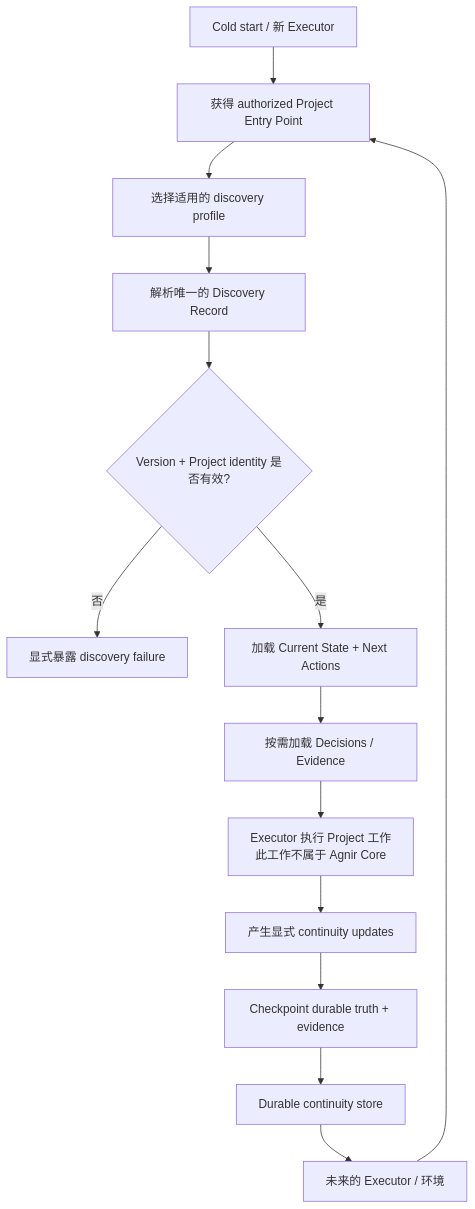
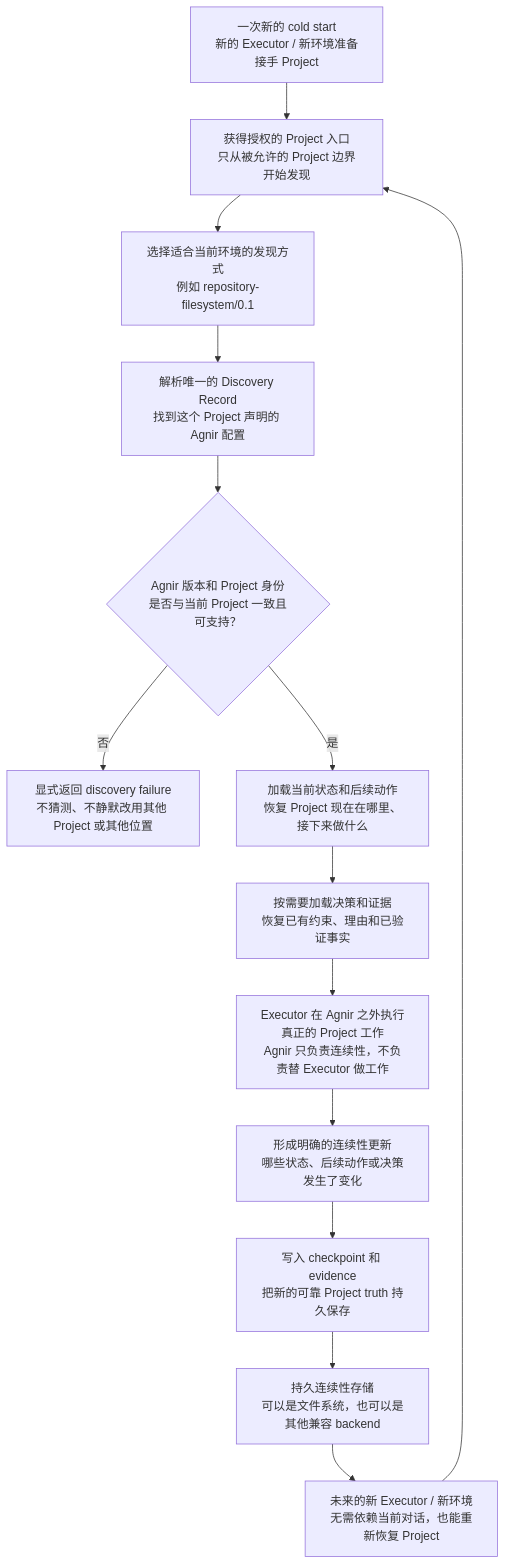
Before and after one commit to iorLab/agnir: the second of 2 diagrams in README.zh-CN.md, drawn with Mermaid. The commit also changed other lines of this file, not shown here.

Commit message:
docs: clarify Chinese Mermaid diagram nodes

````diff
--- a/README.zh-CN.md
+++ b/README.zh-CN.md
@@ -40,16 +40,16 @@
 ```mermaid
 flowchart TD
-    C[Cold start / 新 Executor] --> P[获得 authorized Project Entry Point]
-    P --> D[选择适用的 discovery profile]
-    D --> R[解析唯一的 Discovery Record]
-    R --> V{Version + Project identity 是否有效?}
-    V -- 否 --> F[显式暴露 discovery failure]
-    V -- 是 --> L[加载 Current State + Next Actions]
-    L --> Q[按需加载 Decisions / Evidence]
-    Q --> W[Executor 执行 Project 工作\n此工作不属于 Agnir Core]
-    W --> U[产生显式 continuity updates]
-    U --> K[Checkpoint durable truth + evidence]
-    K --> S[Durable continuity store]
-    S --> N[未来的 Executor / 环境]
+    C["一次新的 cold start<br/>新的 Executor / 新环境准备接手 Project"] --> P["获得授权的 Project 入口<br/>只从被允许的 Project 边界开始发现"]
+    P --> D["选择适合当前环境的发现方式<br/>例如 repository-filesystem/0.1"]
+    D --> R["解析唯一的 Discovery Record<br/>找到这个 Project 声明的 Agnir 配置"]
+    R --> V{"Agnir 版本和 Project 身份<br/>是否与当前 Project 一致且可支持？"}
+    V -- "否" --> F["显式返回 discovery failure<br/>不猜测、不静默改用其他 Project 或其他位置"]
+    V -- "是" --> L["加载当前状态和后续动作<br/>恢复 Project 现在在哪里、接下来做什么"]
+    L --> Q["按需要加载决策和证据<br/>恢复已有约束、理由和已验证事实"]
+    Q --> W["Executor 在 Agnir 之外执行真正的 Project 工作<br/>Agnir 只负责连续性，不负责替 Executor 做工作"]
+    W --> U["形成明确的连续性更新<br/>哪些状态、后续动作或决策发生了变化"]
+    U --> K["写入 checkpoint 和 evidence<br/>把新的可靠 Project truth 持久保存"]
+    K --> S["持久连续性存储<br/>可以是文件系统，也可以是其他兼容 backend"]
+    S --> N["未来的新 Executor / 新环境<br/>无需依赖当前对话，也能重新恢复 Project"]
     N --> P
 ```
````
